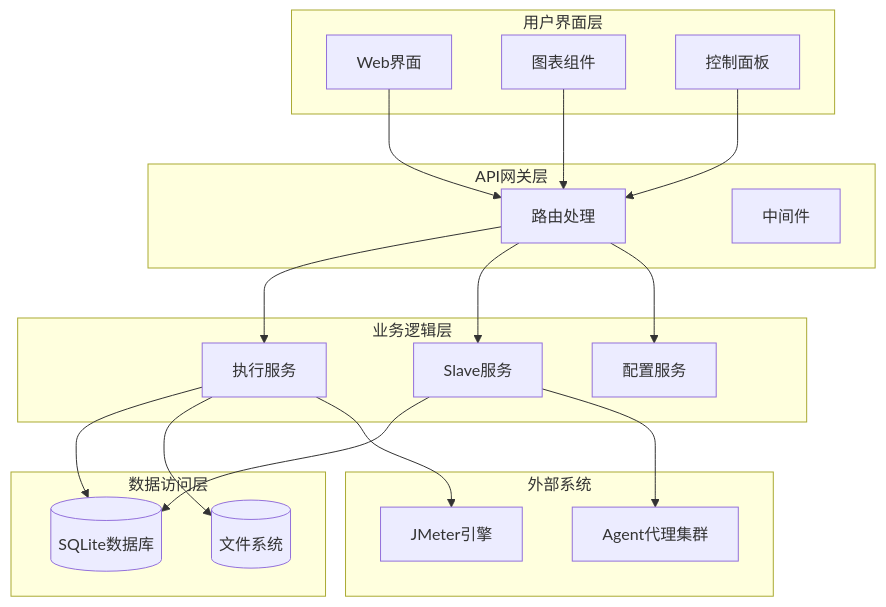
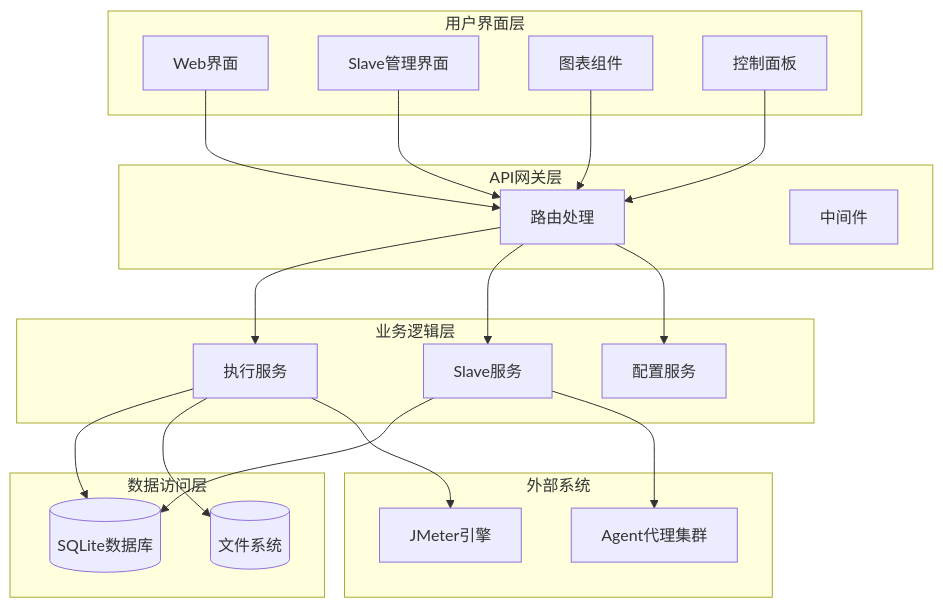
Before and after one commit to Liyuhao02/Jmeter-Admin: the fifth of 9 diagrams in .qoder/repowiki/zh/content/核心业务模块/Slave节点管理系统/实时资源监控.md, drawn with Mermaid. The commit also changed other lines of this file and 34 other files, not shown here.

````diff
--- a/.qoder/repowiki/zh/content/核心业务模块/Slave节点管理系统/实时资源监控.md
+++ b/.qoder/repowiki/zh/content/核心业务模块/Slave节点管理系统/实时资源监控.md
@@ -168,36 +215,38 @@
 ```mermaid
 graph TB
 subgraph "用户界面层"
 UI[Web界面]
+SlaveManage[Slave管理界面]
 Charts[图表组件]
 Controls[控制面板]
 end
 subgraph "API网关层"
 Router[路由处理]
 Middleware[中间件]
 end
 subgraph "业务逻辑层"
 ExecutionSvc[执行服务]
 SlaveSvc[Slave服务]
 ConfigSvc[配置服务]
 end
 subgraph "数据访问层"
 DB[(SQLite数据库)]
 FS[(文件系统)]
 end
 subgraph "外部系统"
 JMeter[JMeter引擎]
 Agents[Agent代理集群]
 end
 UI --> Router
+SlaveManage --> Router
 Charts --> Router
 Controls --> Router
 Router --> ExecutionSvc
 Router --> SlaveSvc
 Router --> ConfigSvc
 ExecutionSvc --> DB
 ExecutionSvc --> FS
 SlaveSvc --> DB
 SlaveSvc --> Agents
 ExecutionSvc --> JMeter
 ```
````
